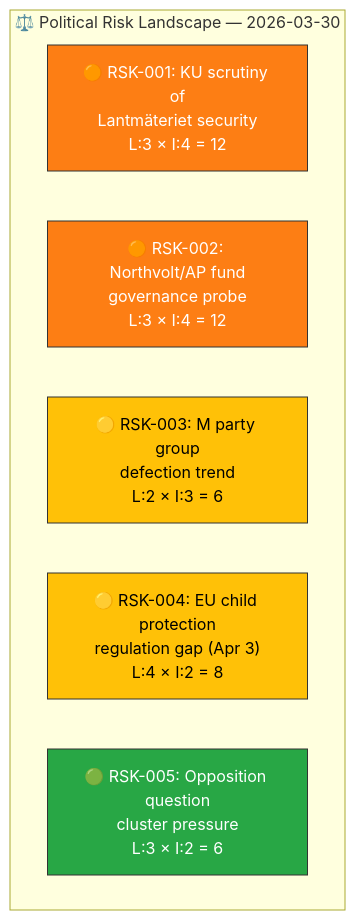
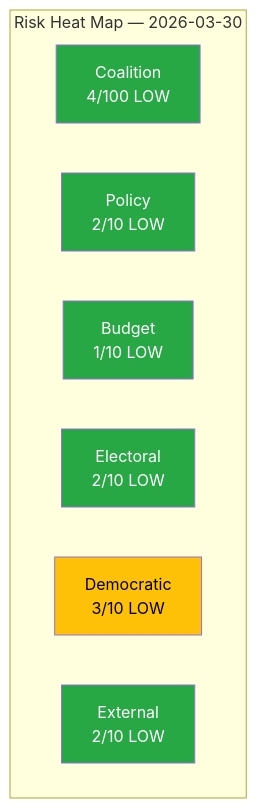
One commit to Hack23/riksdagsmonitor changed the diagram in analysis/daily/2026-03-30/risk-assessment.md. Above: the diagram before and after it, drawn with Mermaid. The commit also changed other lines of this file and 38 other files, not shown here.

````diff
--- a/analysis/daily/2026-03-30/risk-assessment.md
+++ b/analysis/daily/2026-03-30/risk-assessment.md
@@ -26,16 +12,17 @@
 ```mermaid
 graph TD
-    subgraph "⚖️ Political Risk Landscape — 2026-03-30"
-        R1["🟠 RSK-001: KU scrutiny of<br/>Lantmäteriet security<br/>L:3 × I:4 = 12"]
-        R2["🟠 RSK-002: Northvolt/AP fund<br/>governance probe<br/>L:3 × I:4 = 12"]
-        R3["🟡 RSK-003: M party group<br/>defection trend<br/>L:2 × I:3 = 6"]
-        R4["🟡 RSK-004: EU child protection<br/>regulation gap (Apr 3)<br/>L:4 × I:2 = 8"]
-        R5["🟢 RSK-005: Opposition question<br/>cluster pressure<br/>L:3 × I:2 = 6"]
+    subgraph "Risk Heat Map — 2026-03-30"
+        A[Coalition<br/>4/100 LOW] 
+        B[Policy<br/>2/10 LOW]
+        C[Budget<br/>1/10 LOW]
+        D[Electoral<br/>2/10 LOW]
+        E[Democratic<br/>3/10 LOW]
+        F[External<br/>2/10 LOW]
     end
-
-    style R1 fill:#fd7e14,stroke:#333,color:#fff
-    style R2 fill:#fd7e14,stroke:#333,color:#fff
-    style R3 fill:#ffc107,stroke:#333,color:#000
-    style R4 fill:#ffc107,stroke:#333,color:#000
-    style R5 fill:#28a745,stroke:#333,color:#fff
+    style A fill:#28a745,color:#fff
+    style B fill:#28a745,color:#fff
+    style C fill:#28a745,color:#fff
+    style D fill:#28a745,color:#fff
+    style E fill:#ffc107,color:#000
+    style F fill:#28a745,color:#fff
 ```
````
